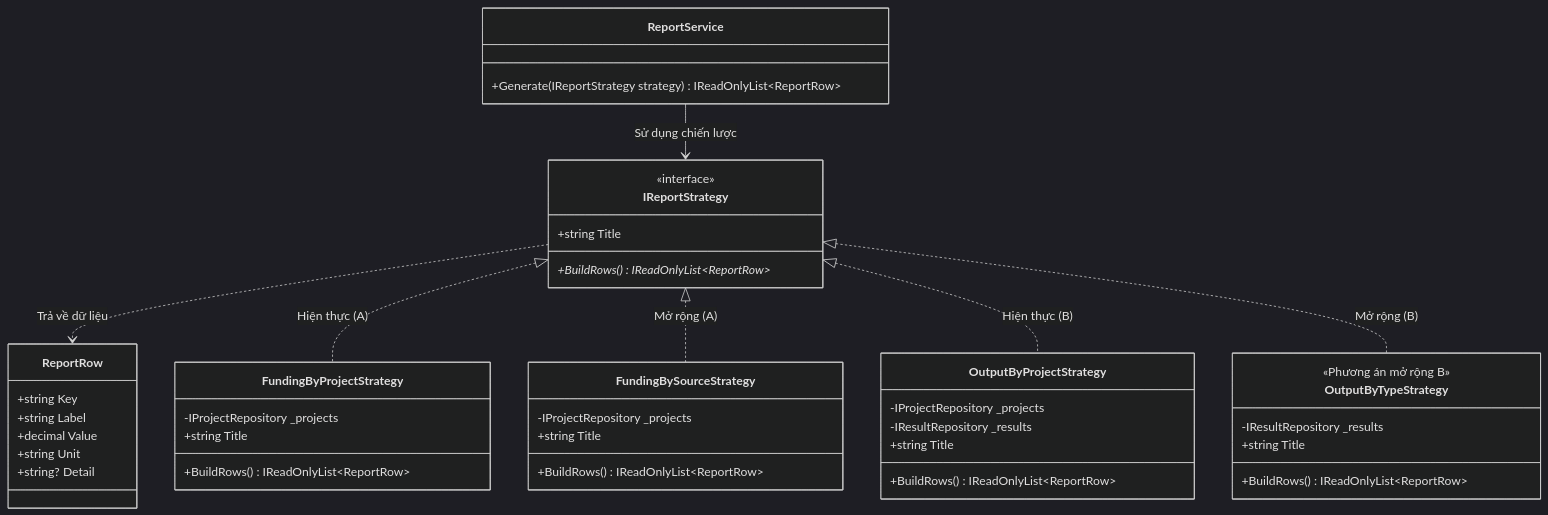
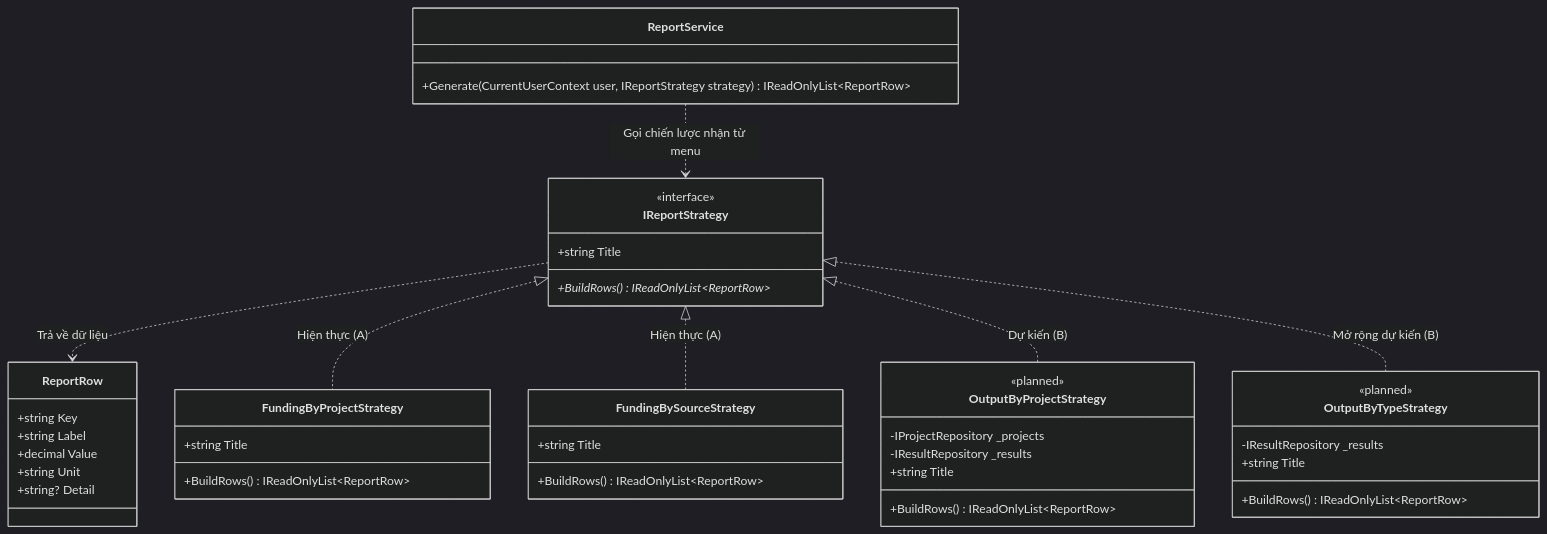
One commit to PKT-zZ/QLNCKH_OOP_FINAL changed the fourth of 10 diagrams in docs/uml.md. Above: the diagram before and after it, drawn with Mermaid (dark theme). The commit also changed other lines of this file and 9 other files, not shown here.

````diff
--- a/docs/uml.md
+++ b/docs/uml.md
@@ -326,53 +318,52 @@
 ```mermaid
 classDiagram
     class ReportRow {
         +string Key
         +string Label
         +decimal Value
         +string Unit
         +string? Detail
     }
 
     class IReportStrategy {
         <<interface>>
         +string Title
         +BuildRows()* IReadOnlyList~ReportRow~
     }
 
     class FundingByProjectStrategy {
-        -IProjectRepository _projects
         +string Title
         +BuildRows() IReadOnlyList~ReportRow~
     }
 
     class FundingBySourceStrategy {
-        -IProjectRepository _projects
         +string Title
         +BuildRows() IReadOnlyList~ReportRow~
     }
 
     class OutputByProjectStrategy {
+        <<planned>>
         -IProjectRepository _projects
         -IResultRepository _results
         +string Title
         +BuildRows() IReadOnlyList~ReportRow~
     }
 
     class OutputByTypeStrategy {
-        <<Phương án mở rộng B>>
+        <<planned>>
         -IResultRepository _results
         +string Title
         +BuildRows() IReadOnlyList~ReportRow~
     }
 
     class ReportService {
-        +Generate(IReportStrategy strategy) IReadOnlyList~ReportRow~
+        +Generate(CurrentUserContext user, IReportStrategy strategy) IReadOnlyList~ReportRow~
     }
 
-    ReportService --> IReportStrategy : Sử dụng chiến lược
+    ReportService ..> IReportStrategy : Gọi chiến lược nhận từ menu
     IReportStrategy ..> ReportRow : Trả về dữ liệu
     IReportStrategy <|.. FundingByProjectStrategy : Hiện thực (A)
-    IReportStrategy <|.. FundingBySourceStrategy : Mở rộng (A)
-    IReportStrategy <|.. OutputByProjectStrategy : Hiện thực (B)
-    IReportStrategy <|.. OutputByTypeStrategy : Mở rộng (B)
+    IReportStrategy <|.. FundingBySourceStrategy : Hiện thực (A)
+    IReportStrategy <|.. OutputByProjectStrategy : Dự kiến (B)
+    IReportStrategy <|.. OutputByTypeStrategy : Mở rộng dự kiến (B)
 ```
````
